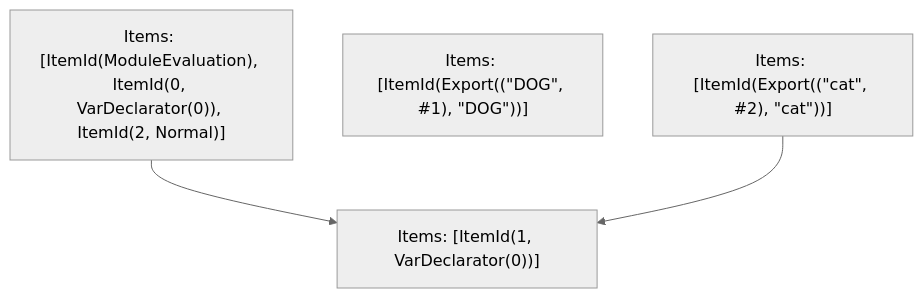
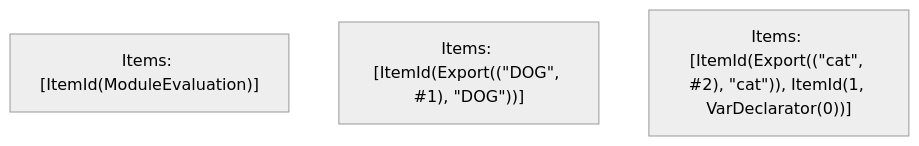
One commit to vercel/turborepo changed the fifth of 5 diagrams in crates/turbopack-ecmascript/tests/tree-shaker/analyzer/multi-export/output.md. Above: the diagram before and after it, drawn with Mermaid (neutral theme). The commit also changed other lines of this file and 3 other files, not shown here.

````diff
--- a/crates/turbopack-ecmascript/tests/tree-shaker/analyzer/multi-export/output.md
+++ b/crates/turbopack-ecmascript/tests/tree-shaker/analyzer/multi-export/output.md
@@ -96,9 +75,6 @@
 ```mermaid
 graph TD
-    N0["Items: [ItemId(ModuleEvaluation), ItemId(0, VarDeclarator(0)), ItemId(2, Normal)]"];
+    N0["Items: [ItemId(ModuleEvaluation)]"];
     N1["Items: [ItemId(Export((&quot;DOG&quot;, #1), &quot;DOG&quot;))]"];
-    N2["Items: [ItemId(Export((&quot;cat&quot;, #2), &quot;cat&quot;))]"];
-    N3["Items: [ItemId(1, VarDeclarator(0))]"];
-    N0 --> N3;
-    N2 --> N3;
+    N2["Items: [ItemId(Export((&quot;cat&quot;, #2), &quot;cat&quot;)), ItemId(1, VarDeclarator(0))]"];
 ```
````
